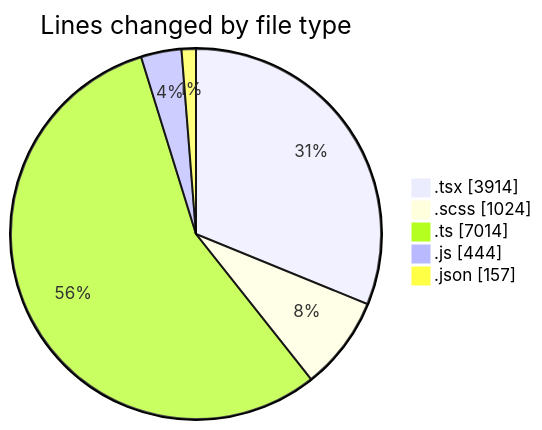
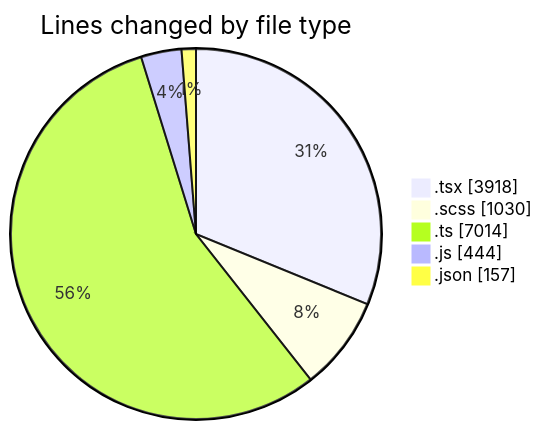
The first of 2 diagrams in 2026-04-23/cda/README.md (momahboobian/code-tracking), drawn with Mermaid before and after one commit. The commit also changed other lines of this file and 1 other file, not shown here.

````diff
--- a/2026-04-23/cda/README.md
+++ b/2026-04-23/cda/README.md
@@ -43,9 +43,9 @@
 ```mermaid
 pie showData
 title Lines changed by file type
-".tsx" : 3914
-".scss" : 1024
+".tsx" : 3918
+".scss" : 1030
 ".ts" : 7014
 ".js" : 444
 ".json" : 157
 ```
````
